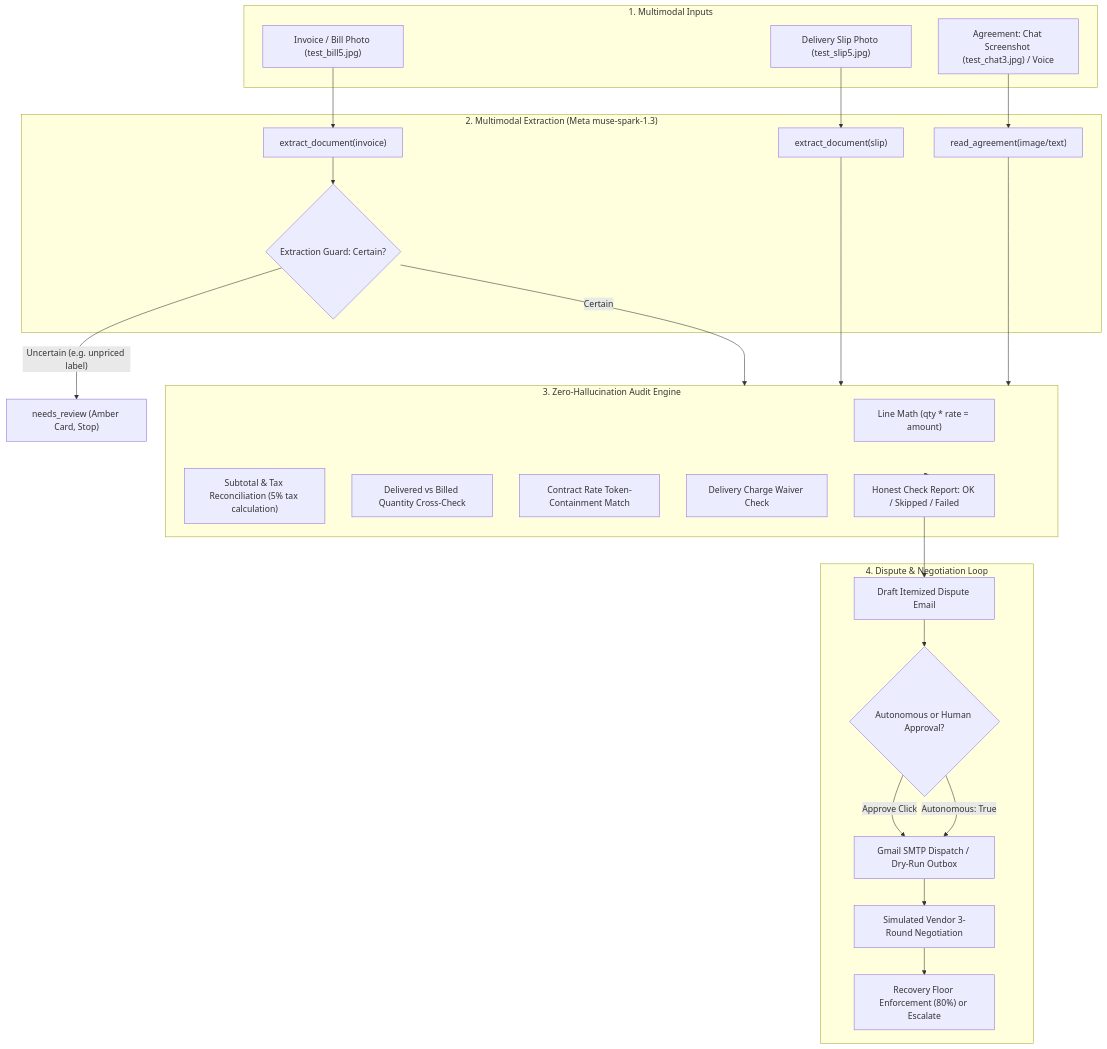
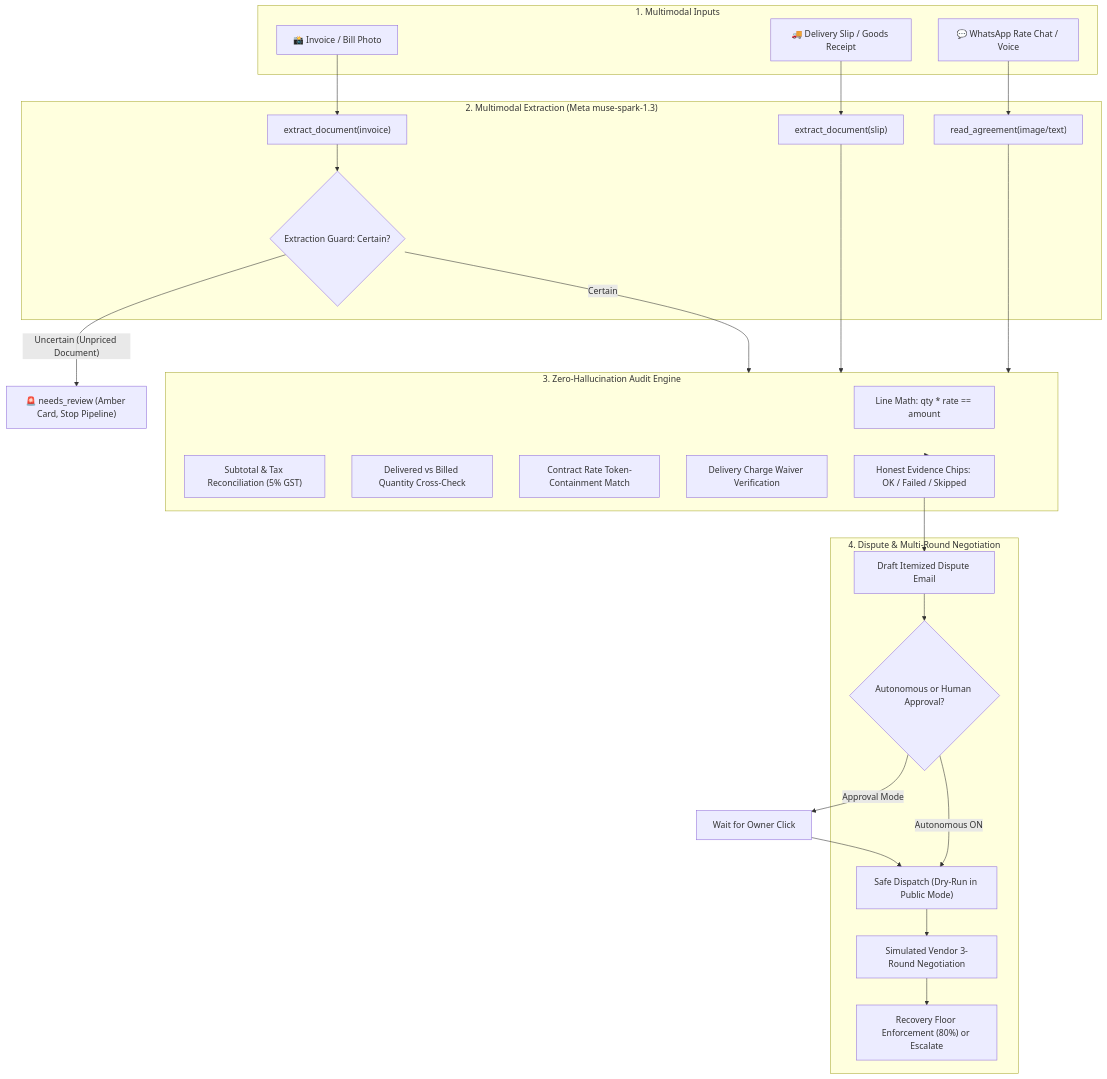
One commit to Manasa-L-Hegde/billback changed the diagram in README.md. Above: the diagram before and after it, drawn with Mermaid. The commit also changed other lines of this file, not shown here.

````diff
--- a/README.md
+++ b/README.md
@@ -25,50 +58,50 @@
 ```mermaid
 flowchart TD
     subgraph Inputs ["1. Multimodal Inputs"]
-        A1["Invoice / Bill Photo (test_bill5.jpg)"]
-        A2["Delivery Slip Photo (test_slip5.jpg)"]
-        A3["Agreement: Chat Screenshot (test_chat3.jpg) / Voice"]
+        A1["📸 Invoice / Bill Photo"]
+        A2["🚚 Delivery Slip / Goods Receipt"]
+        A3["💬 WhatsApp Rate Chat / Voice"]
     end
 
     subgraph Extraction ["2. Multimodal Extraction (Meta muse-spark-1.3)"]
         B1["extract_document(invoice)"]
         B2["extract_document(slip)"]
         B3["read_agreement(image/text)"]
         BG{"Extraction Guard: Certain?"}
     end
 
     subgraph Audit ["3. Zero-Hallucination Audit Engine"]
-        C1["Line Math (qty * rate = amount)"]
-        C2["Subtotal & Tax Reconciliation (5% tax calculation)"]
+        C1["Line Math: qty * rate == amount"]
+        C2["Subtotal & Tax Reconciliation (5% GST)"]
         C3["Delivered vs Billed Quantity Cross-Check"]
         C4["Contract Rate Token-Containment Match"]
-        C5["Delivery Charge Waiver Check"]
-        CH["Honest Check Report: OK / Skipped / Failed"]
+        C5["Delivery Charge Waiver Verification"]
+        CH["Honest Evidence Chips: OK / Failed / Skipped"]
     end
 
-    subgraph Resolution ["4. Dispute & Negotiation Loop"]
+    subgraph Resolution ["4. Dispute & Multi-Round Negotiation"]
         D1["Draft Itemized Dispute Email"]
         D2{"Autonomous or Human Approval?"}
-        D3["Gmail SMTP Dispatch / Dry-Run Outbox"]
+        D3["Safe Dispatch (Dry-Run in Public Mode)"]
         D4["Simulated Vendor 3-Round Negotiation"]
         D5["Recovery Floor Enforcement (80%) or Escalate"]
     end
 
     A1 --> B1
     A2 --> B2
     A3 --> B3
 
     B1 --> BG
-    BG -- "Uncertain (e.g. unpriced label)" --> NR["needs_review (Amber Card, Stop)"]
+    BG -- "Uncertain (Unpriced Document)" --> NR["🚨 needs_review (Amber Card, Stop Pipeline)"]
     BG -- "Certain" --> Audit
     B2 --> Audit
     B3 --> Audit
 
     Audit --> CH
     CH --> D1
     D1 --> D2
-    D2 -- "Approve Click" --> D3
-    D2 -- "Autonomous: True" --> D3
+    D2 -- "Approval Mode" --> AP["Wait for Owner Click"] --> D3
+    D2 -- "Autonomous ON" --> D3
     D3 --> D4
     D4 --> D5
 ```
````
